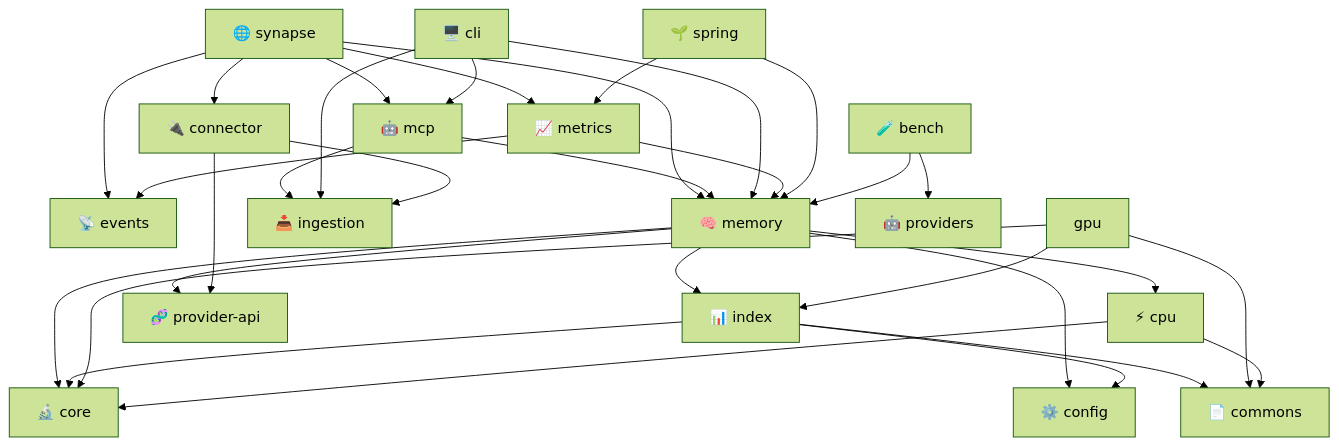
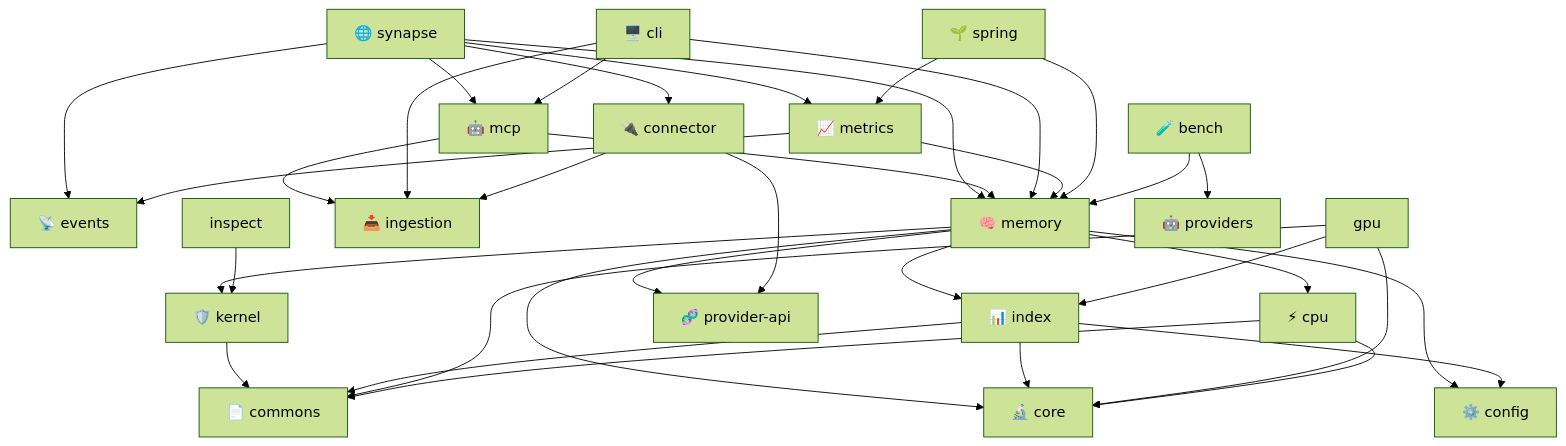
One commit to spectrayan/spector changed the second of 3 diagrams in docs/docs/modules/index.md. Above: the diagram before and after it, drawn with Mermaid (forest theme). The commit also changed other lines of this file and 10 other files, not shown here.

````diff
--- a/docs/docs/modules/index.md
+++ b/docs/docs/modules/index.md
@@ -54,42 +55,46 @@
 ```mermaid
 graph TD
     synapseapp["🌐 synapse"] --> mcp["🤖 mcp"]
     synapseapp --> connector["🔌 connector"]
     synapseapp --> metrics["📈 metrics"]
     synapseapp --> events["📡 events"]
     synapseapp --> memory["🧠 memory"]
     
     mcp --> memory
     mcp --> ingestion["📥 ingestion"]
     cli["🖥️ cli"] --> memory
     cli --> mcp
     cli --> ingestion
 
+    memory --> kernel["🛡️ kernel"]
     memory --> index["📊 index"]
     memory --> core["🔬 core"]
     memory --> cpu["⚡ cpu"]
     memory --> config["⚙️ config"]
     memory --> providerApi["🧬 provider-api"]
+
+    kernel --> commons["📄 commons"]
+    inspect --> kernel
 
     index --> core
     index --> config
     index --> commons["📄 commons"]
 
     gpu --> index
     gpu --> core
     gpu --> commons
 
     cpu --> core
     cpu --> commons
 
     metrics --> memory
     metrics --> events
 
     connector --> ingestion
     connector --> providerApi
 
     spring["🌱 spring"] --> memory
     spring --> metrics
     bench["🧪 bench"] --> memory
     bench --> providers["🤖 providers"]
 ```
````
